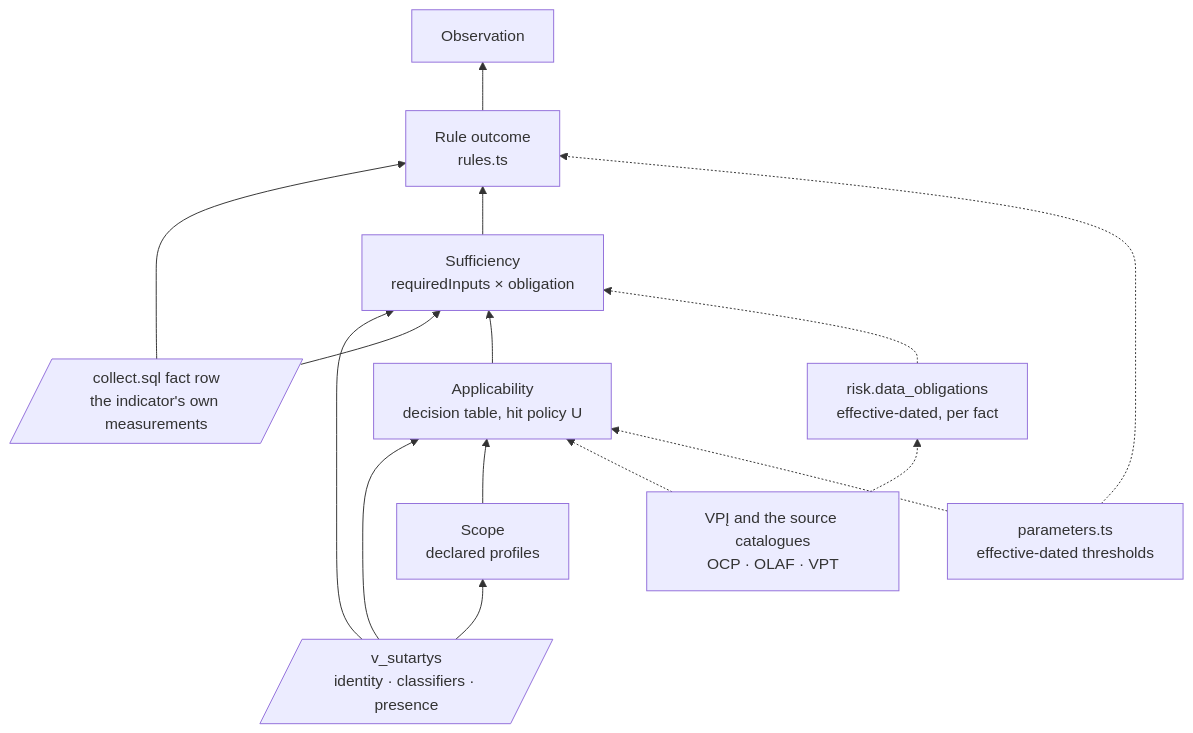
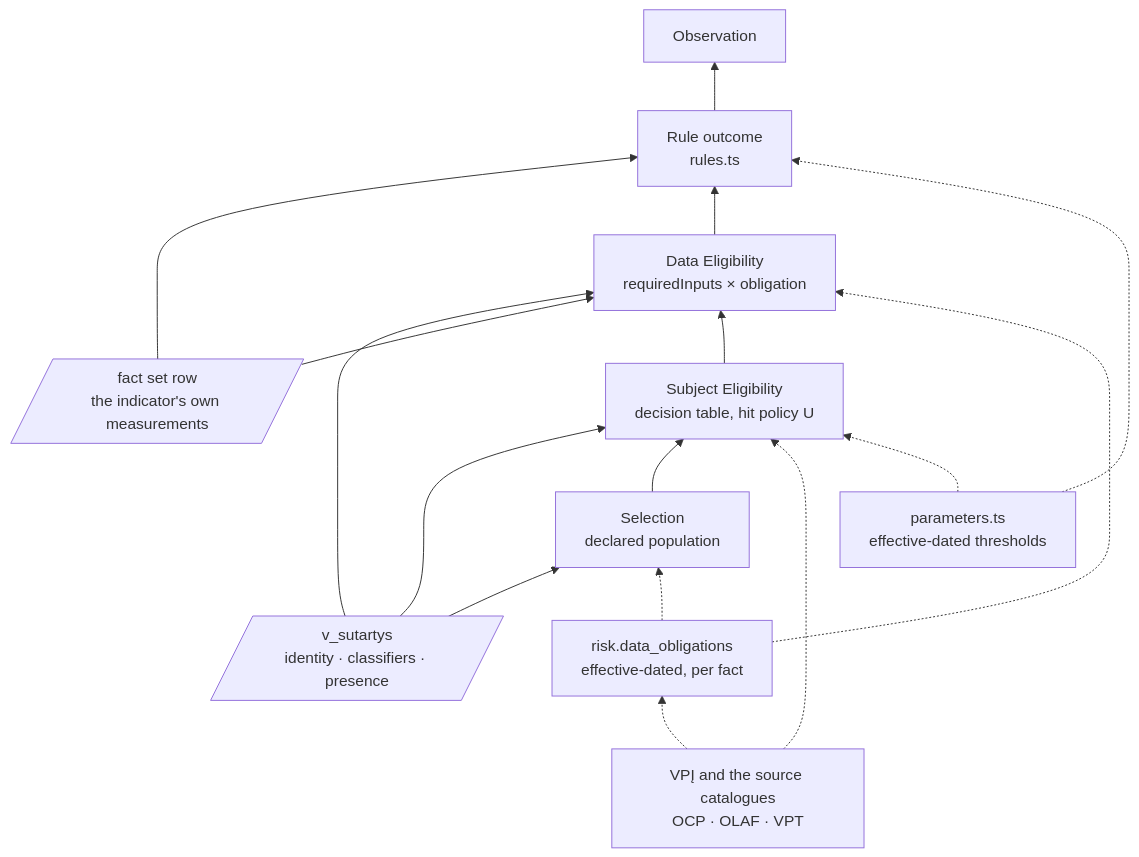
Before and after one commit to Viespirkiu-grupe/viespirkiai: the sixth of 9 diagrams in docs/indicators-story/risk-service-architecture.md, drawn with Mermaid. The commit also changed other lines of this file, not shown here.

Commit message:
architecture update

````diff
--- a/docs/indicators-story/risk-service-architecture.md
+++ b/docs/indicators-story/risk-service-architecture.md
@@ -725,31 +850,32 @@
 ```mermaid
 flowchart BT
     ID1[/"v_sutartys<br/>identity · classifiers · presence"/]
-    ID2[/"collect.sql fact row<br/>the indicator's own measurements"/]
+    ID2[/"fact set row<br/>the indicator's own measurements"/]
 
     KS1["VPĮ and the source catalogues<br/>OCP · OLAF · VPT"]
     KS2["risk.data_obligations<br/>effective-dated, per fact"]
     KS3["parameters.ts<br/>effective-dated thresholds"]
 
-    D1["Scope<br/>declared profiles"]
-    D2["Applicability<br/>decision table, hit policy U"]
-    D3["Sufficiency<br/>requiredInputs × obligation"]
+    D1["Selection<br/>declared population"]
+    D2["Subject Eligibility<br/>decision table, hit policy U"]
+    D3["Data Eligibility<br/>requiredInputs × obligation"]
     D4["Rule outcome<br/>rules.ts"]
     D0["Observation"]
 
     ID1 --> D1
     ID1 --> D2
     ID1 --> D3
     ID2 --> D3
     ID2 --> D4
     D1 --> D2
     D2 --> D3
     D3 --> D4
     D4 --> D0
 
     KS1 -.-> KS2
+    KS2 -.-> D1
     KS2 -.-> D3
     KS1 -.-> D2
     KS3 -.-> D2
     KS3 -.-> D4
 ```
````
